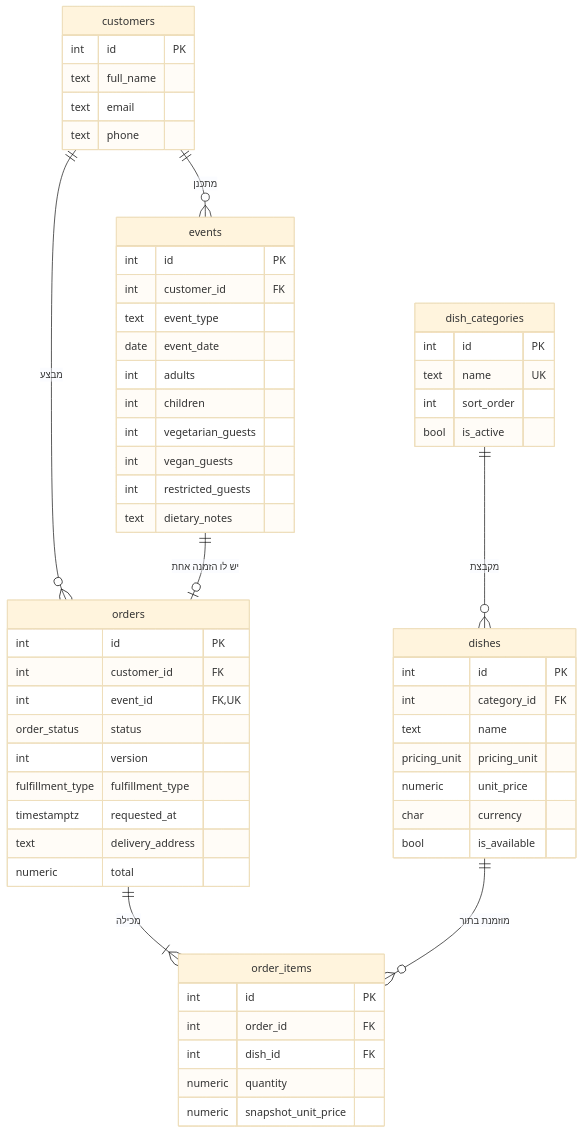
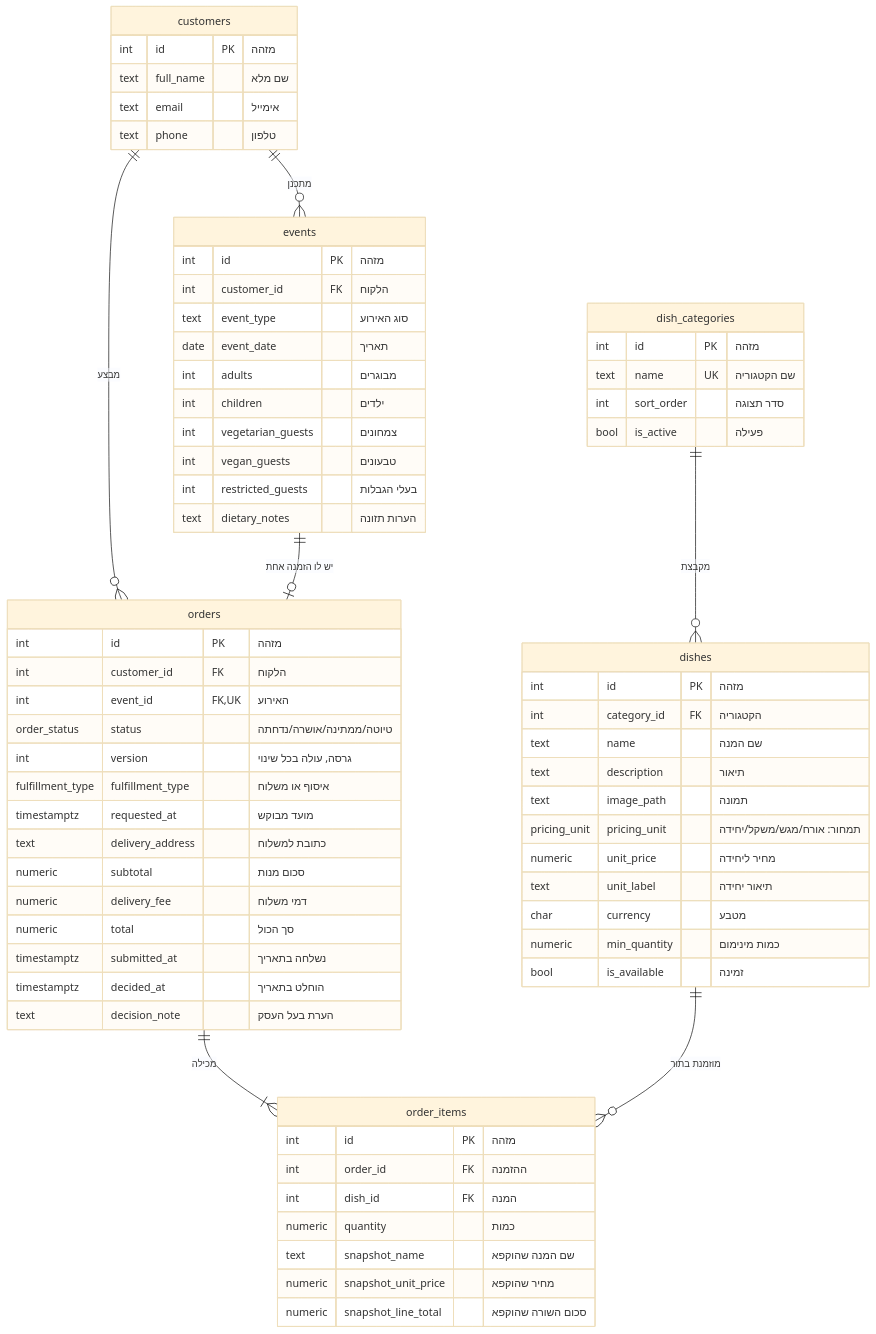
The diagram in docs/ERD.md (JonathanZouari/ai-catering-platform), drawn with Mermaid (base theme) before and after one commit.

Commit message:
docs(erd): show every column with a Hebrew label in the diagram

````diff
--- a/docs/ERD.md
+++ b/docs/ERD.md
@@ -6,61 +6,72 @@
 ```mermaid
 erDiagram
     customers ||--o{ events : "מתכנן"
     customers ||--o{ orders : "מבצע"
     events ||--o| orders : "יש לו הזמנה אחת"
     orders ||--|{ order_items : "מכילה"
     dish_categories ||--o{ dishes : "מקבצת"
     dishes ||--o{ order_items : "מוזמנת בתור"
 
     customers {
-        int id PK
-        text full_name
-        text email
-        text phone
+        int id PK "מזהה"
+        text full_name "שם מלא"
+        text email "אימייל"
+        text phone "טלפון"
     }
     events {
-        int id PK
-        int customer_id FK
-        text event_type
-        date event_date
-        int adults
-        int children
-        int vegetarian_guests
-        int vegan_guests
-        int restricted_guests
-        text dietary_notes
+        int id PK "מזהה"
+        int customer_id FK "הלקוח"
+        text event_type "סוג האירוע"
+        date event_date "תאריך"
+        int adults "מבוגרים"
+        int children "ילדים"
+        int vegetarian_guests "צמחונים"
+        int vegan_guests "טבעונים"
+        int restricted_guests "בעלי הגבלות"
+        text dietary_notes "הערות תזונה"
     }
     dish_categories {
-        int id PK
-        text name UK
-        int sort_order
-        bool is_active
+        int id PK "מזהה"
+        text name UK "שם הקטגוריה"
+        int sort_order "סדר תצוגה"
+        bool is_active "פעילה"
     }
     dishes {
-        int id PK
-        int category_id FK
-        text name
-        pricing_unit pricing_unit
-        numeric unit_price
-        char currency
-        bool is_available
+        int id PK "מזהה"
+        int category_id FK "הקטגוריה"
+        text name "שם המנה"
+        text description "תיאור"
+        text image_path "תמונה"
+        pricing_unit pricing_unit "תמחור: אורח/מגש/משקל/יחידה"
+        numeric unit_price "מחיר ליחידה"
+        text unit_label "תיאור יחידה"
+        char currency "מטבע"
+        numeric min_quantity "כמות מינימום"
+        bool is_available "זמינה"
     }
     orders {
-        int id PK
-        int customer_id FK
-        int event_id FK,UK
-        order_status status
-        int version
-        fulfillment_type fulfillment_type
-        timestamptz requested_at
-        text delivery_address
-        numeric total
+        int id PK "מזהה"
+        int customer_id FK "הלקוח"
+        int event_id FK,UK "האירוע"
+        order_status status "טיוטה/ממתינה/אושרה/נדחתה"
+        int version "גרסה, עולה בכל שינוי"
+        fulfillment_type fulfillment_type "איסוף או משלוח"
+        timestamptz requested_at "מועד מבוקש"
+        text delivery_address "כתובת למשלוח"
+        numeric subtotal "סכום מנות"
+        numeric delivery_fee "דמי משלוח"
+        numeric total "סך הכול"
+        timestamptz submitted_at "נשלחה בתאריך"
+        timestamptz decided_at "הוחלט בתאריך"
+        text decision_note "הערת בעל העסק"
     }
     order_items {
-        int id PK
-        int order_id FK
-        int dish_id FK
-        numeric quantity
-        numeric snapshot_unit_price
+        int id PK "מזהה"
+        int order_id FK "ההזמנה"
+        int dish_id FK "המנה"
+        numeric quantity "כמות"
+        text snapshot_name "שם המנה שהוקפא"
+        numeric snapshot_unit_price "מחיר שהוקפא"
+        numeric snapshot_line_total "סכום השורה שהוקפא"
     }
 ```
````
